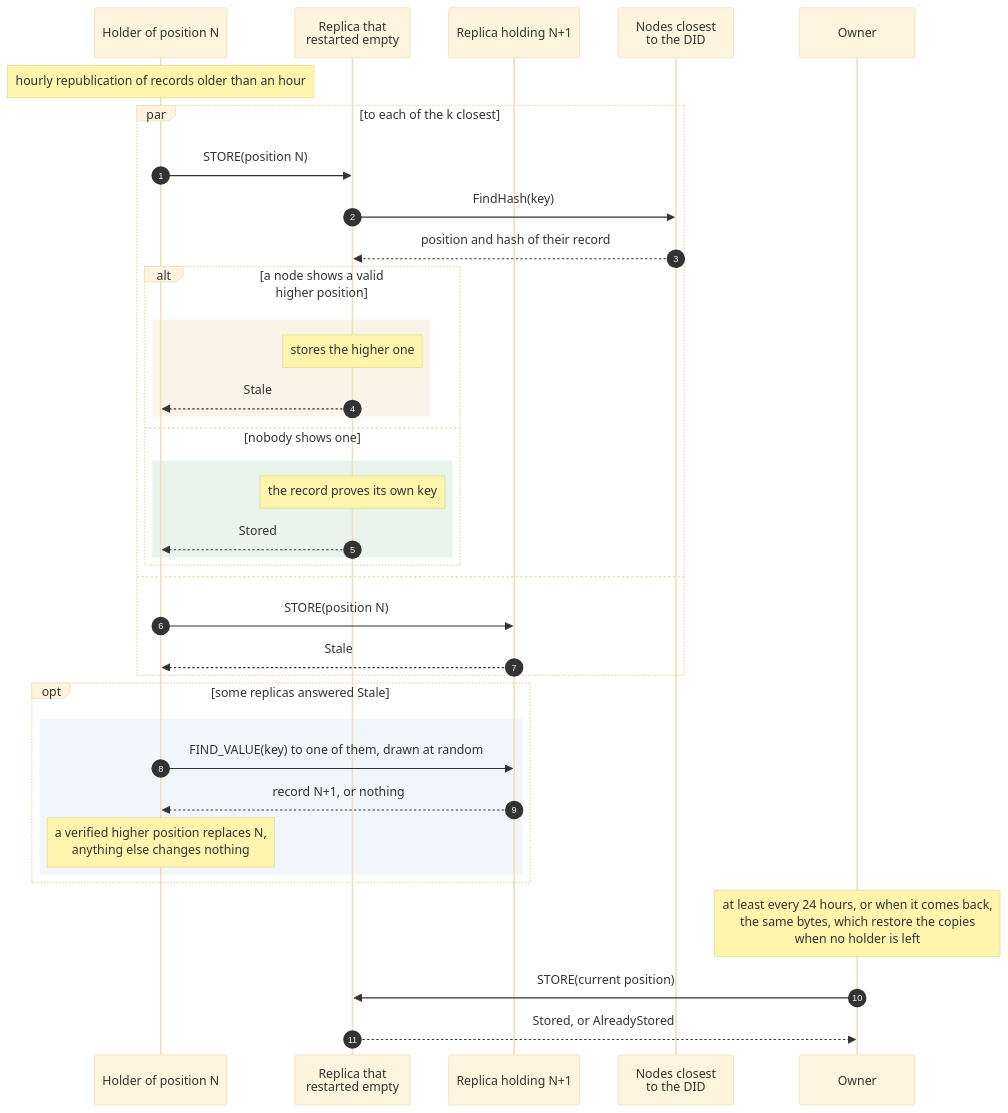
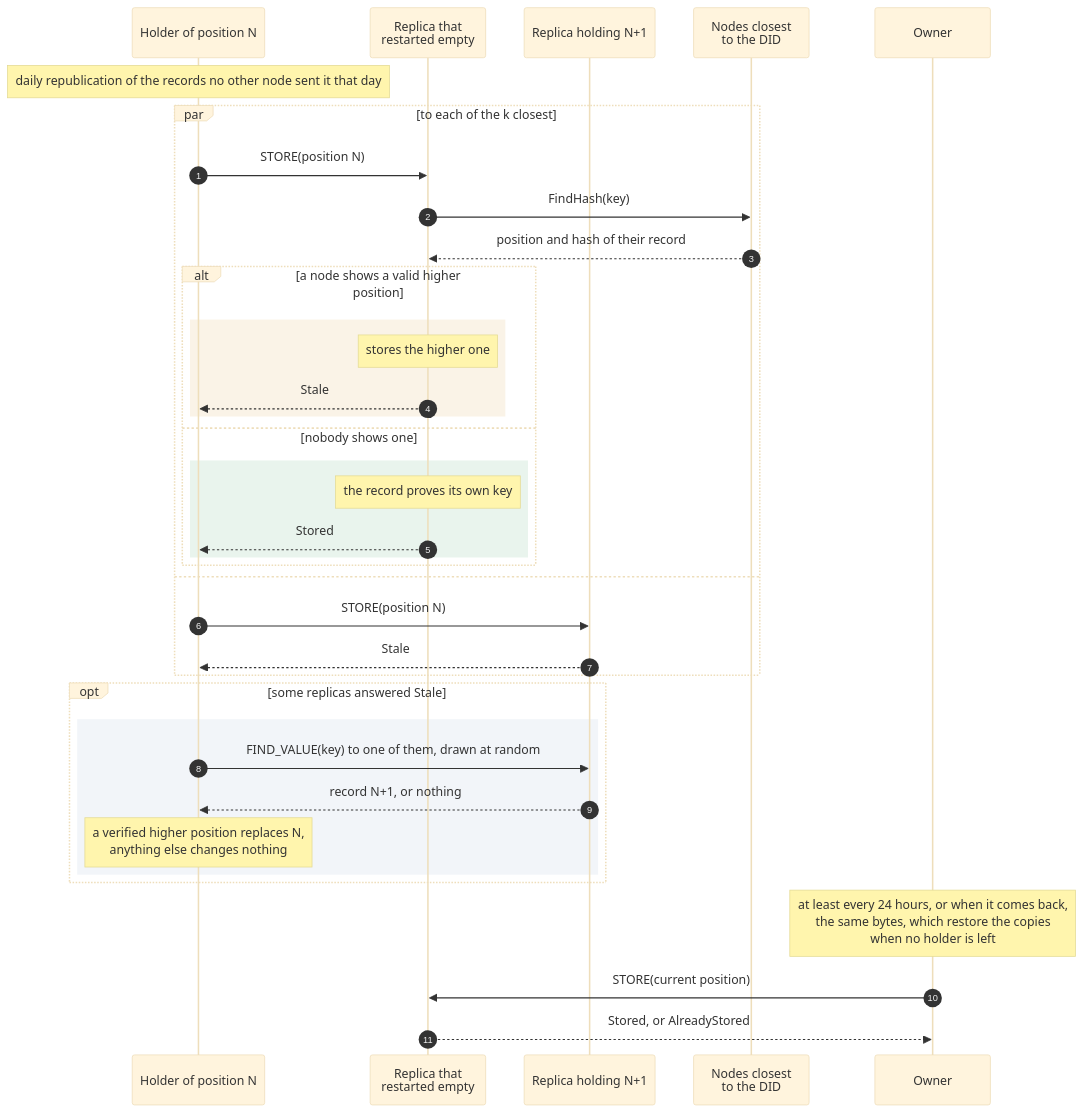
One commit to fratrung/auth-kademlia-rs changed the diagram in docs/design/repair.mmd. Above: the diagram before and after it, drawn with Mermaid (base theme). The commit also changed 21 other files, not shown here.

First line of the commit message:
feat(protocol): pull a node's records from its neighbours at start

```diff
--- a/docs/design/repair.mmd
+++ b/docs/design/repair.mmd
@@ -1,37 +1,37 @@
 sequenceDiagram
     autonumber
     participant H as Holder of position N
     participant E as Replica that<br/>restarted empty
     participant R as Replica holding N+1
     participant C as Nodes closest<br/>to the DID
     participant O as Owner
-    Note over H: hourly republication of records older than an hour
+    Note over H: daily republication of the records no other node sent it that day
     par to each of the k closest
         H->>E: STORE(position N)
         E->>C: FindHash(key)
         C-->>E: position and hash of their record
         alt a node shows a valid higher position
             rect rgba(201, 138, 27, 0.10)
             Note over E: stores the higher one
             E-->>H: Stale
             end
         else nobody shows one
             rect rgba(47, 143, 78, 0.10)
             Note over E: the record proves its own key
             E-->>H: Stored
             end
         end
     and
         H->>R: STORE(position N)
         R-->>H: Stale
     end
     opt some replicas answered Stale
         rect rgba(91, 127, 174, 0.08)
         H->>R: FIND_VALUE(key) to one of them, drawn at random
         R-->>H: record N+1, or nothing
         Note over H: a verified higher position replaces N,<br/>anything else changes nothing
         end
     end
     Note over O: at least every 24 hours, or when it comes back,<br/>the same bytes, which restore the copies<br/>when no holder is left
     O->>E: STORE(current position)
     E-->>O: Stored, or AlreadyStored
```
